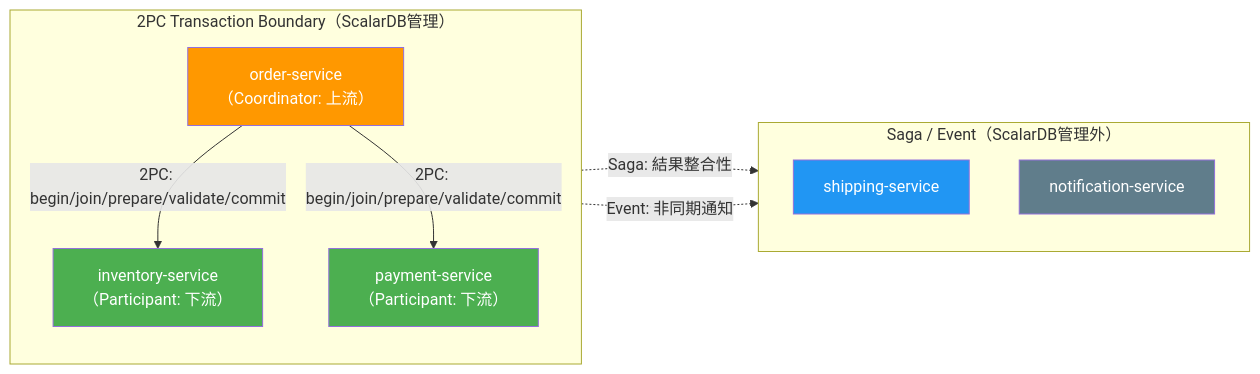
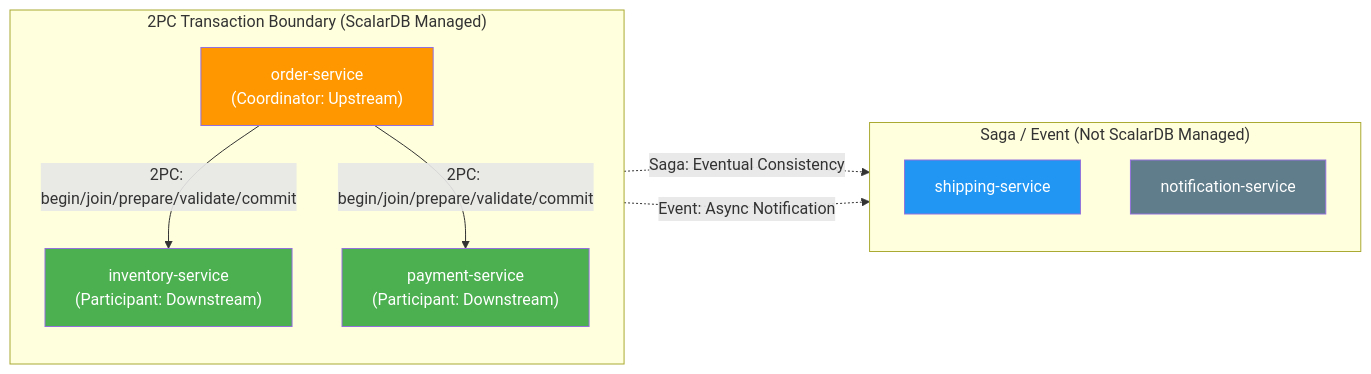
Before and after one commit to wfukatsu/nexus-architect: the second of 2 diagrams in workflow/greenfield/02_domain_modeling.md, drawn with Mermaid. The commit also changed other lines of this file and 3 other files, not shown here.

````diff
--- a/workflow/greenfield/02_domain_modeling.md
+++ b/workflow/greenfield/02_domain_modeling.md
@@ -182,26 +182,26 @@
 ```mermaid
 flowchart LR
-    subgraph "2PC Transaction Boundary（ScalarDB管理）"
+    subgraph "2PC Transaction Boundary (ScalarDB Managed)"
         direction TB
-        A["order-service<br/>（Coordinator: 上流）"]
-        B["inventory-service<br/>（Participant: 下流）"]
-        C["payment-service<br/>（Participant: 下流）"]
+        A["order-service<br/>(Coordinator: Upstream)"]
+        B["inventory-service<br/>(Participant: Downstream)"]
+        C["payment-service<br/>(Participant: Downstream)"]
     end
 
-    subgraph "Saga / Event（ScalarDB管理外）"
+    subgraph "Saga / Event (Not ScalarDB Managed)"
         direction TB
         D["shipping-service"]
         E["notification-service"]
     end
 
     A -->|"2PC: begin/join/prepare/validate/commit"| B
     A -->|"2PC: begin/join/prepare/validate/commit"| C
-    A -.->|"Saga: 結果整合性"| D
-    A -.->|"Event: 非同期通知"| E
+    A -.->|"Saga: Eventual Consistency"| D
+    A -.->|"Event: Async Notification"| E
 
     style A fill:#FF9800,color:#fff
     style B fill:#4CAF50,color:#fff
     style C fill:#4CAF50,color:#fff
     style D fill:#2196F3,color:#fff
     style E fill:#607D8B,color:#fff
 ```
````
